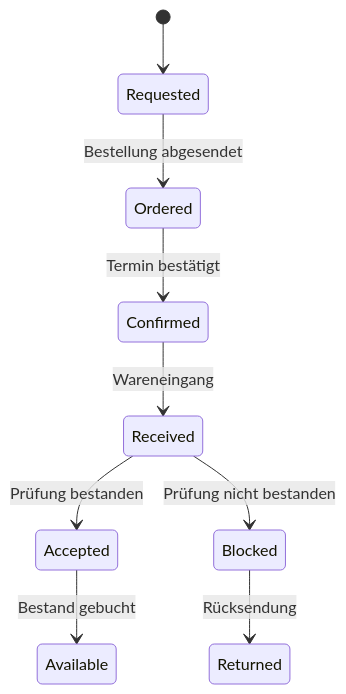
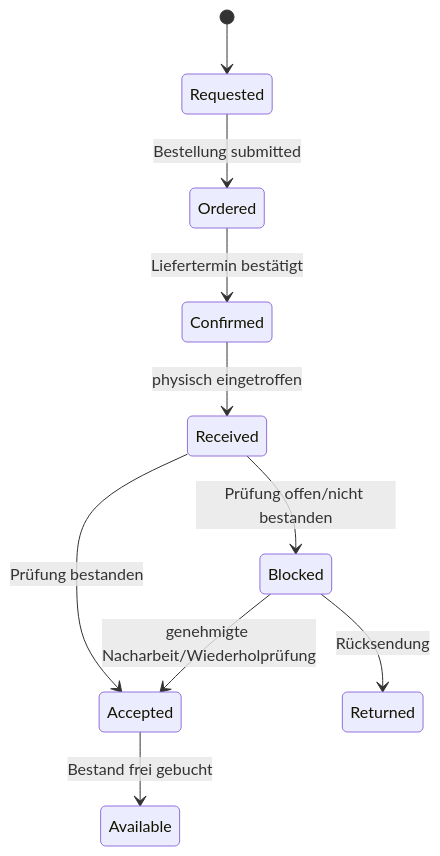
One commit to BasKjell/ERP_Eigenbau changed the diagram in docs/processes/order-to-cash/procurement.md. Above: the diagram before and after it, drawn with Mermaid. The commit also changed other lines of this file and 247 other files, not shown here.

````diff
--- a/docs/processes/order-to-cash/procurement.md
+++ b/docs/processes/order-to-cash/procurement.md
@@ -42,11 +129,12 @@
 ```mermaid
 stateDiagram-v2
   [*] --> Requested
-  Requested --> Ordered: Bestellung abgesendet
-  Ordered --> Confirmed: Termin bestätigt
-  Confirmed --> Received: Wareneingang
+  Requested --> Ordered: Bestellung submitted
+  Ordered --> Confirmed: Liefertermin bestätigt
+  Confirmed --> Received: physisch eingetroffen
   Received --> Accepted: Prüfung bestanden
-  Received --> Blocked: Prüfung nicht bestanden
+  Received --> Blocked: Prüfung offen/nicht bestanden
   Blocked --> Returned: Rücksendung
-  Accepted --> Available: Bestand gebucht
+  Blocked --> Accepted: genehmigte Nacharbeit/Wiederholprüfung
+  Accepted --> Available: Bestand frei gebucht
 ```
````
